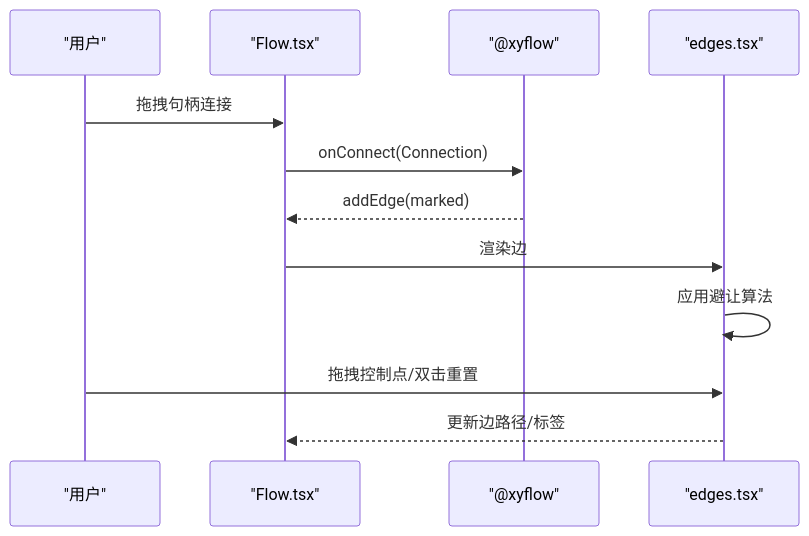
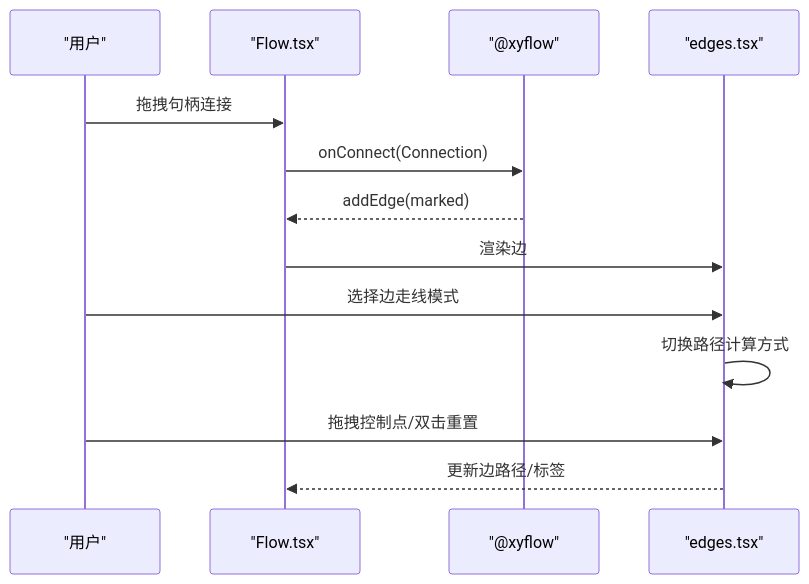
One commit to kqcoxn/MaaPipelineEditor changed the fifth of 21 diagrams in .qoder/repowiki/zh/content/工作流编辑器/工作流编辑器.md. Above: the diagram before and after it, drawn with Mermaid. The commit also changed other lines of this file and 51 other files, not shown here.

````diff
--- a/.qoder/repowiki/zh/content/工作流编辑器/工作流编辑器.md
+++ b/.qoder/repowiki/zh/content/工作流编辑器/工作流编辑器.md
@@ -502,14 +415,15 @@
 ```mermaid
 sequenceDiagram
 participant U as "用户"
 participant F as "Flow.tsx"
 participant RF as "@xyflow"
 participant E as "edges.tsx"
 U->>F : 拖拽句柄连接
 F->>RF : onConnect(Connection)
 RF-->>F : addEdge(marked)
 F->>E : 渲染边
-E->>E : 应用避让算法
+U->>E : 选择边走线模式
+E->>E : 切换路径计算方式
 U->>E : 拖拽控制点/双击重置
 E-->>F : 更新边路径/标签
 ```
````
